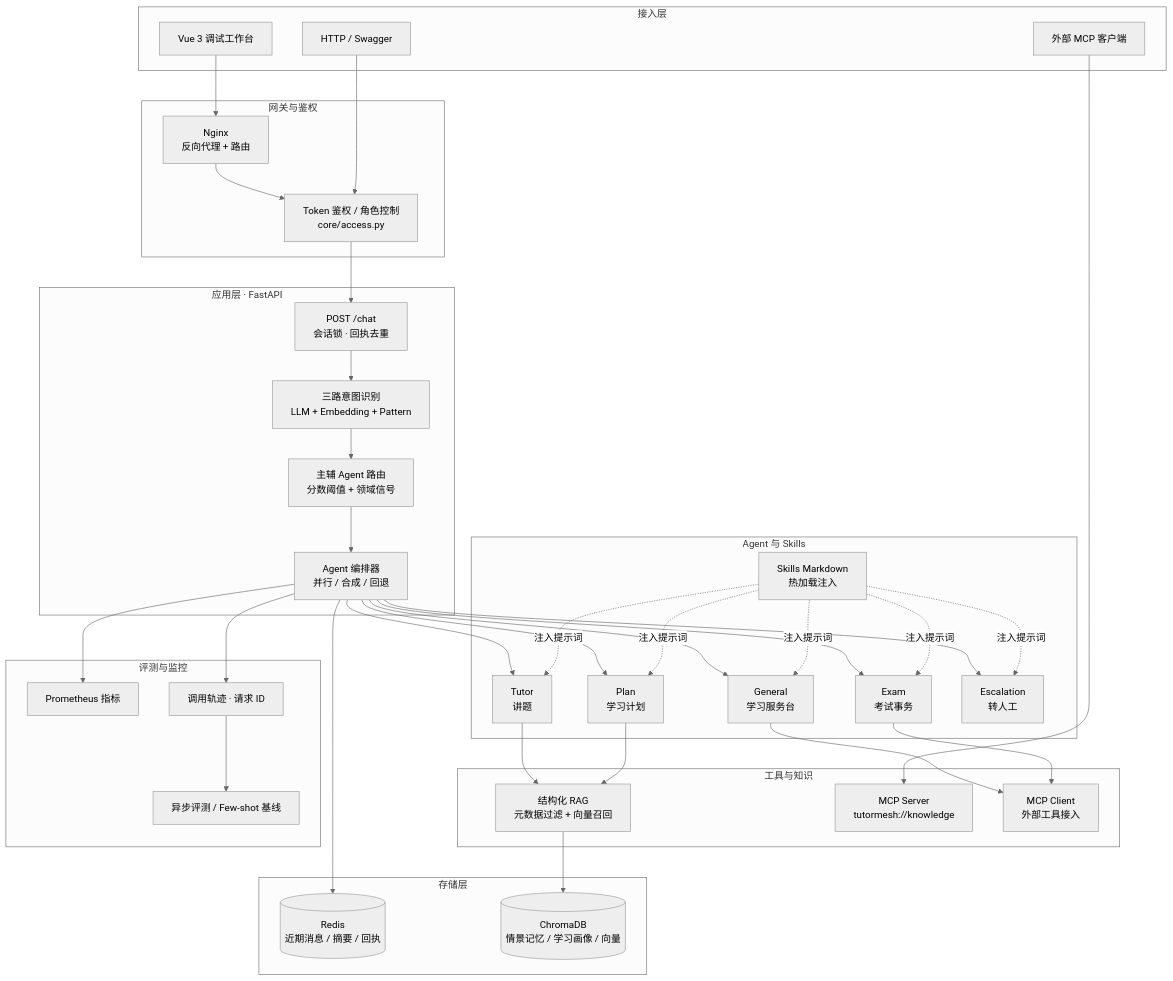
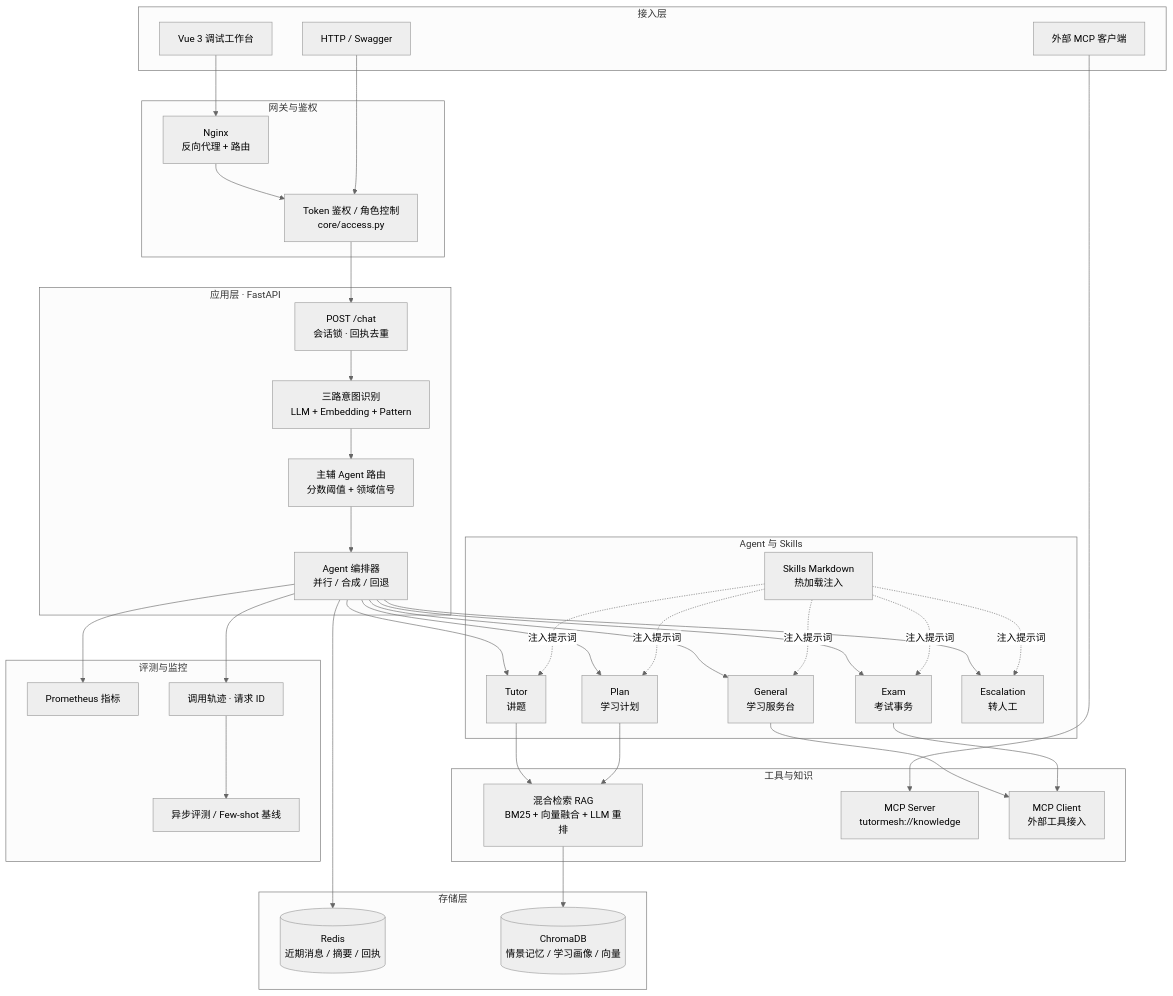
One commit to TaoYu-ds/EduMind changed the diagram in README.md. Above: the diagram before and after it, drawn with Mermaid (neutral theme). The commit also changed other lines of this file and 11 other files, not shown here.

````diff
--- a/README.md
+++ b/README.md
@@ -44,60 +44,60 @@
 ```mermaid
 flowchart TB
     subgraph Client["接入层"]
         FE["Vue 3 调试工作台"]
         API_CLIENT["HTTP / Swagger"]
         MCP_CLIENT["外部 MCP 客户端"]
     end
 
     subgraph Gateway["网关与鉴权"]
         NGINX["Nginx<br/>反向代理 + 路由"]
         AUTH["Token 鉴权 / 角色控制<br/>core/access.py"]
     end
 
     subgraph App["应用层 · FastAPI"]
         CHAT["POST /chat<br/>会话锁 · 回执去重"]
         INTENT["三路意图识别<br/>LLM + Embedding + Pattern"]
         ROUTER["主辅 Agent 路由<br/>分数阈值 + 领域信号"]
         ORCH["Agent 编排器<br/>并行 / 合成 / 回退"]
     end
 
     subgraph Agents["Agent 与 Skills"]
         A1["General<br/>学习服务台"]
         A2["Tutor<br/>讲题"]
         A3["Plan<br/>学习计划"]
         A4["Exam<br/>考试事务"]
         A5["Escalation<br/>转人工"]
         SK["Skills Markdown<br/>热加载注入"]
     end
 
     subgraph Tools["工具与知识"]
-        RAG["结构化 RAG<br/>元数据过滤 + 向量召回"]
+        RAG["混合检索 RAG<br/>BM25 + 向量融合 + LLM 重排"]
         MCP_S["MCP Server<br/>tutormesh://knowledge"]
         MCP_C["MCP Client<br/>外部工具接入"]
     end
 
     subgraph Storage["存储层"]
         REDIS[("Redis<br/>近期消息 / 摘要 / 回执")]
         CHROMA[("ChromaDB<br/>情景记忆 / 学习画像 / 向量")]
     end
 
     subgraph Observe["评测与监控"]
         EVAL["异步评测 / Few-shot 基线"]
         PROM["Prometheus 指标"]
         TRACE["调用轨迹 · 请求 ID"]
     end
 
     FE --> NGINX --> AUTH --> CHAT
     API_CLIENT --> AUTH
     MCP_CLIENT --> MCP_S
     CHAT --> INTENT --> ROUTER --> ORCH
     ORCH --> A1 & A2 & A3 & A4 & A5
     SK -.注入提示词.-> A1 & A2 & A3 & A4 & A5
     A2 & A3 --> RAG
     A1 & A4 --> MCP_C
     RAG --> CHROMA
     ORCH --> REDIS
     ORCH --> TRACE
     TRACE --> EVAL
     ORCH --> PROM
 ```
````
